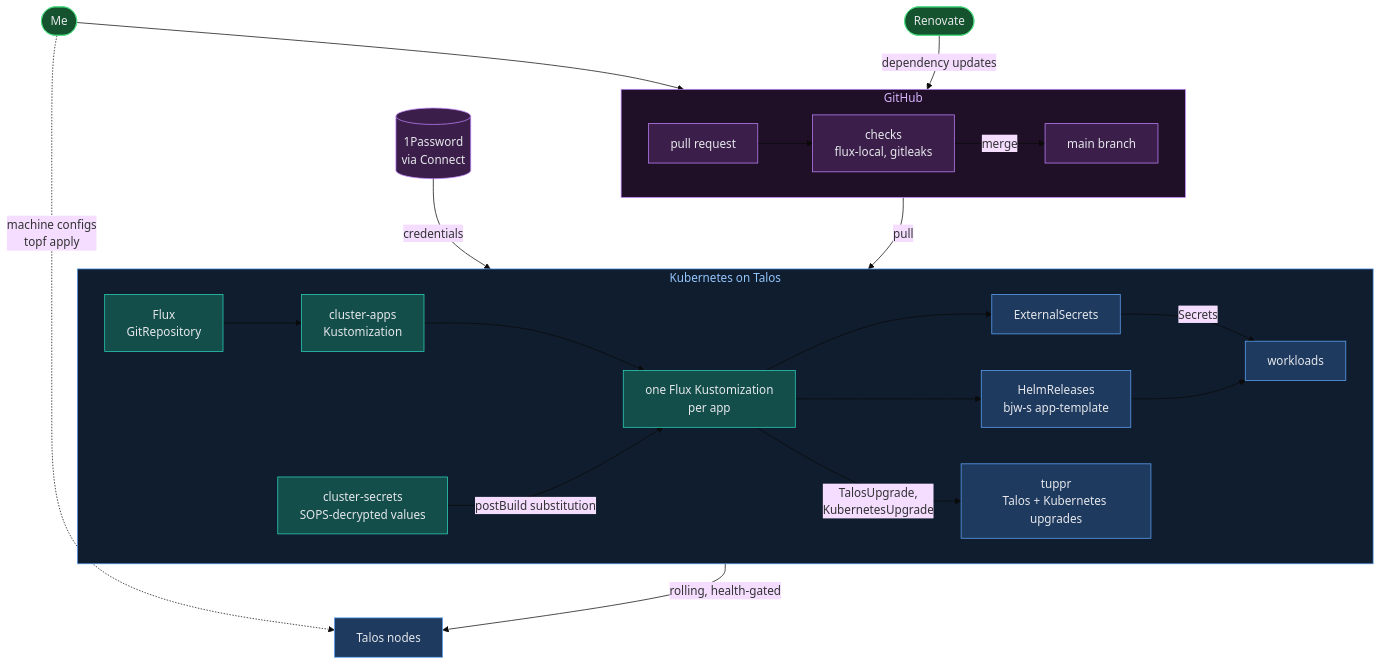
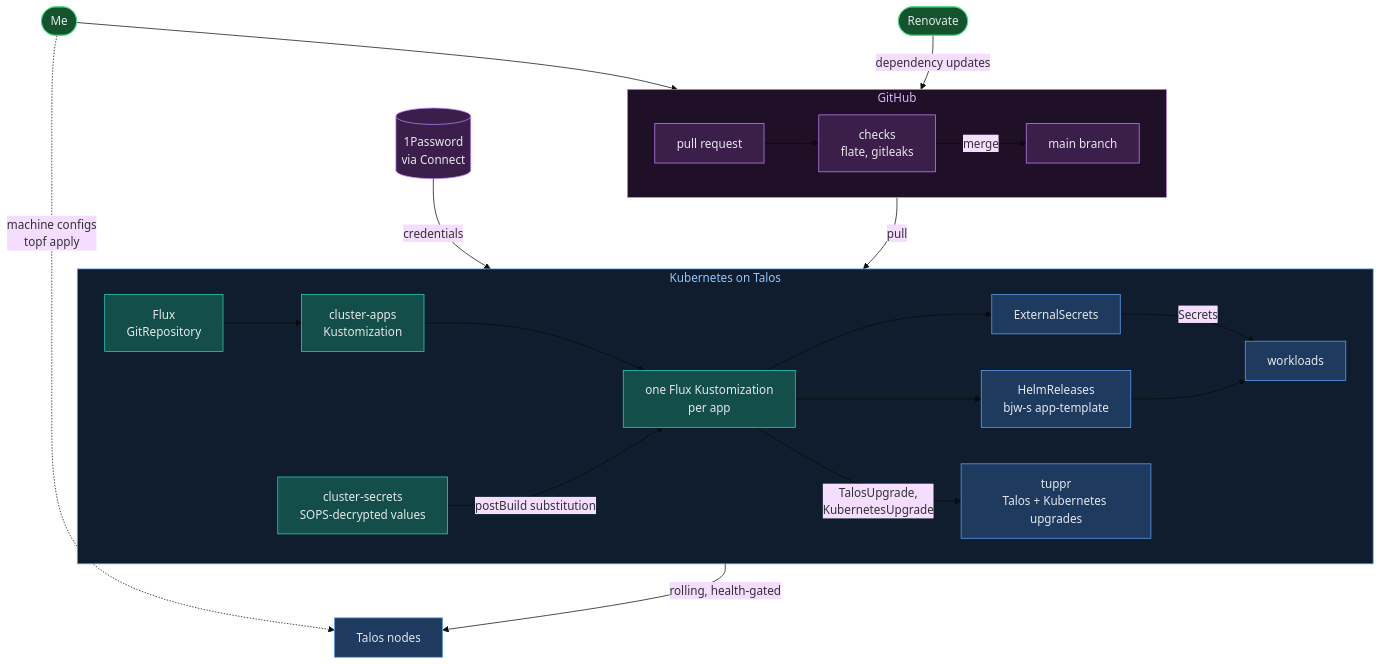
The diagram in docs/diagrams/gitops.mmd (heathbar2151/utopia-planitia), drawn with Mermaid (base theme) before and after one commit. The commit also changed 3 other files, not shown here.

First line of the commit message:
Replace flux-local with flate in CI

```diff
--- a/docs/diagrams/gitops.mmd
+++ b/docs/diagrams/gitops.mmd
@@ -1,53 +1,53 @@
 flowchart TB
   me(["Me"])
   renovate(["Renovate"])
 
   subgraph gh["GitHub"]
     direction LR
     pr["pull request"]
-    ci["checks<br/>flux-local, gitleaks"]
+    ci["checks<br/>flate, gitleaks"]
     main["main branch"]
   end
 
   subgraph cluster["Kubernetes on Talos"]
     direction LR
     src["Flux<br/>GitRepository"]
     root["cluster-apps<br/>Kustomization"]
     appks["one Flux Kustomization<br/>per app"]
     secrets["cluster-secrets<br/>SOPS-decrypted values"]
     hr["HelmReleases<br/>bjw-s app-template"]
     es["ExternalSecrets"]
     work["workloads"]
     tuppr["tuppr<br/>Talos + Kubernetes upgrades"]
   end
 
   op[("1Password<br/>via Connect")]
   nodes["Talos nodes"]
 
   me --> pr
   renovate -- "dependency updates" --> pr
   pr --> ci
   ci -- "merge" --> main
   main -- "pull" --> src
   src --> root
   root --> appks
   secrets -- "postBuild substitution" --> appks
   appks --> hr
   appks --> es
   op -- "credentials" --> es
   es -- "Secrets" --> work
   hr --> work
   appks -- "TalosUpgrade,<br/>KubernetesUpgrade" --> tuppr
   tuppr -- "rolling, health-gated" --> nodes
   me -. "machine configs<br/>topf apply" .-> nodes
 
   classDef extNode fill:#3b1f4a,stroke:#c084fc,color:#e5e7eb
   classDef clusterNode fill:#1e3a5f,stroke:#60a5fa,color:#e5e7eb
   classDef fluxNode fill:#134e4a,stroke:#2dd4bf,color:#e5e7eb
   classDef personNode fill:#14532d,stroke:#4ade80,color:#e5e7eb
   class pr,ci,main,op extNode
   class hr,es,work,tuppr,nodes clusterNode
   class src,root,appks,secrets fluxNode
   class me,renovate personNode
   style gh fill:#1f1027,stroke:#c084fc,color:#d8b4fe
   style cluster fill:#0f1d2e,stroke:#60a5fa,color:#93c5fd
```
